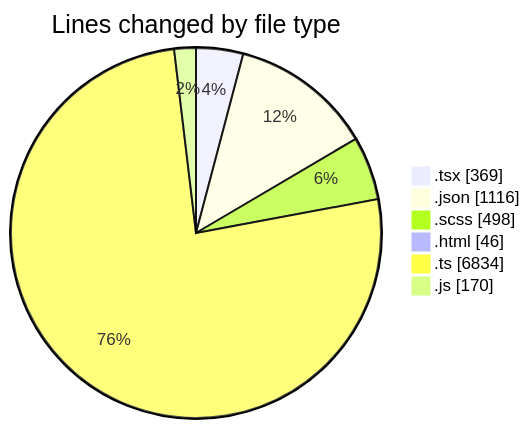
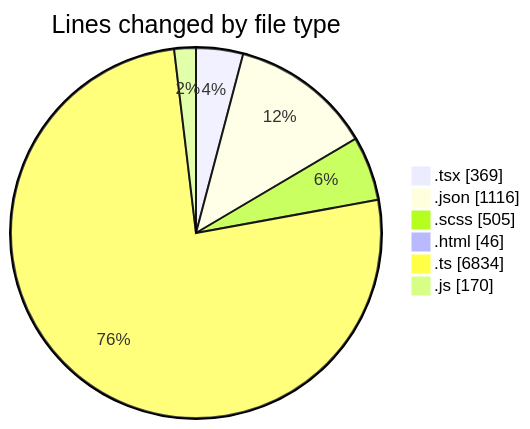
Before and after one commit to momahboobian/code-tracking: the first of 2 diagrams in 2026-04-14/cda/README.md, drawn with Mermaid. The commit also changed other lines of this file and 1 other file, not shown here.

````diff
--- a/2026-04-14/cda/README.md
+++ b/2026-04-14/cda/README.md
@@ -39,10 +39,10 @@
 ```mermaid
 pie showData
 title Lines changed by file type
 ".tsx" : 369
 ".json" : 1116
-".scss" : 498
+".scss" : 505
 ".html" : 46
 ".ts" : 6834
 ".js" : 170
 ```
````
